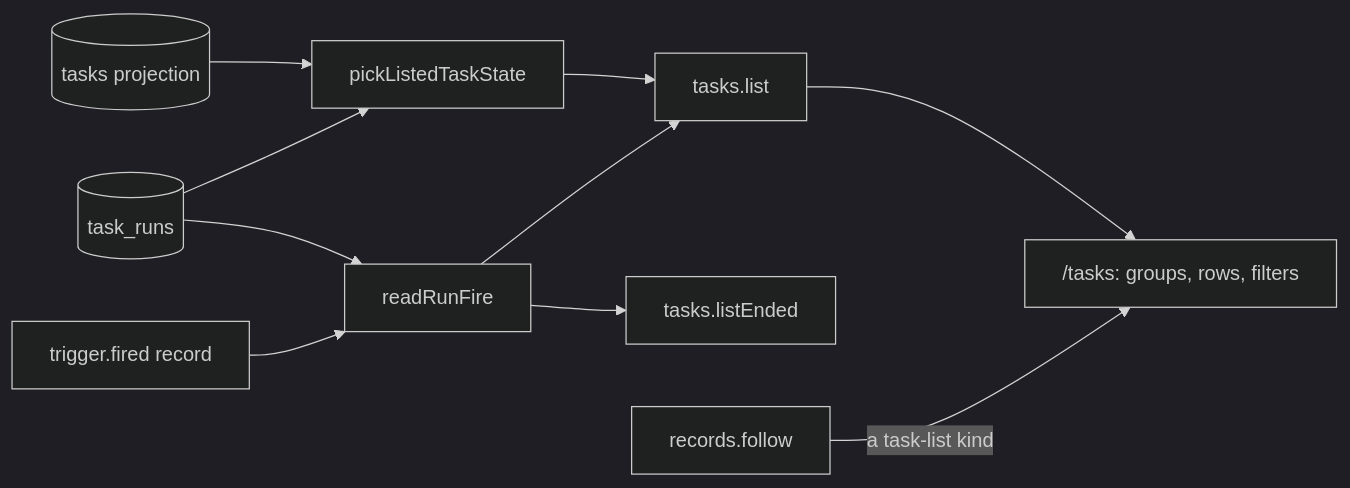
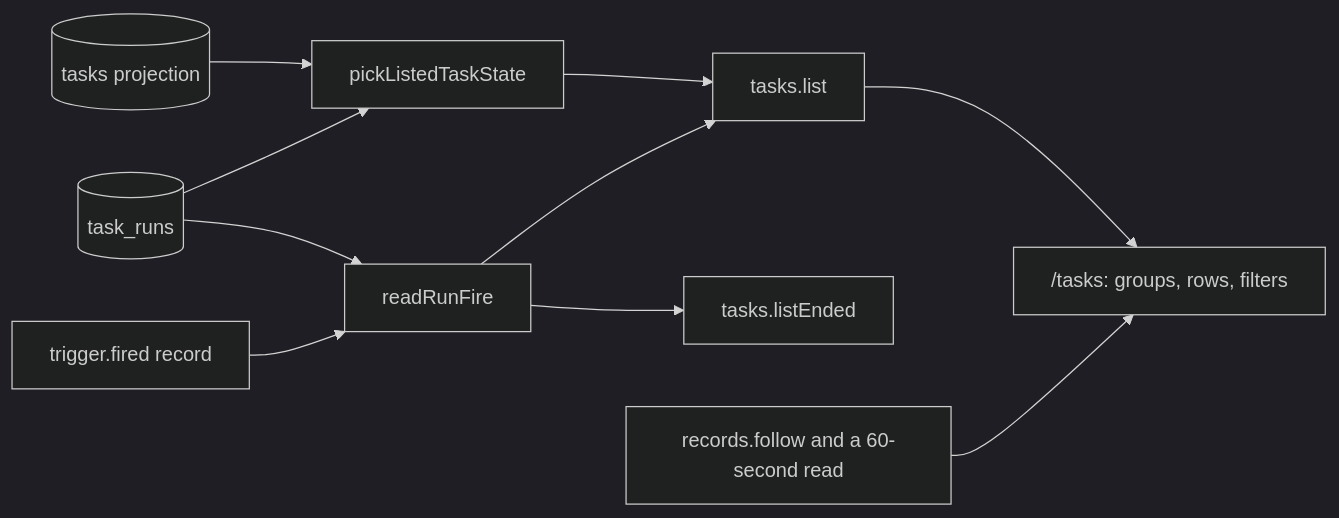
The diagram in docs/design/queue/live-view-dashboard.md (zgeoff/nixie), drawn with Mermaid (dark theme) before and after one commit. The commit also changed other lines of this file and 3 other files, not shown here.

````diff
--- a/docs/design/queue/live-view-dashboard.md
+++ b/docs/design/queue/live-view-dashboard.md
@@ -22,12 +29,12 @@
 ```mermaid
 flowchart LR
   tasks[(tasks projection)] --> pick[pickListedTaskState]
   runs[(task_runs)] --> pick
   runs --> fire[readRunFire]
   fired[trigger.fired record] --> fire
   pick --> list["tasks.list"]
   fire --> list
   fire --> ended["tasks.listEnded"]
   list --> dash["/tasks: groups, rows, filters"]
-  follow["records.follow"] -->|"a task-list kind"| dash
+  follow["records.follow and a 60-second read"] --> dash
 ```
````
